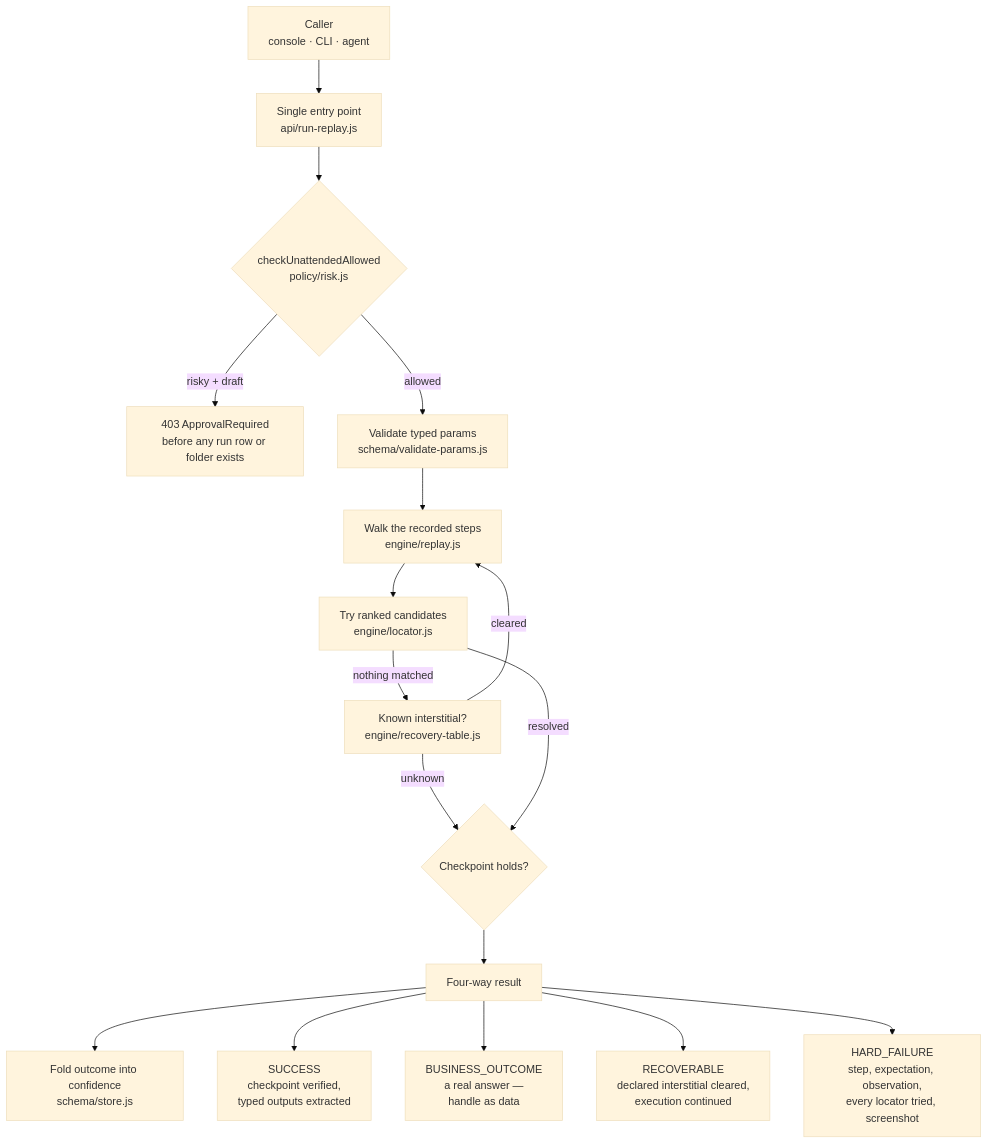
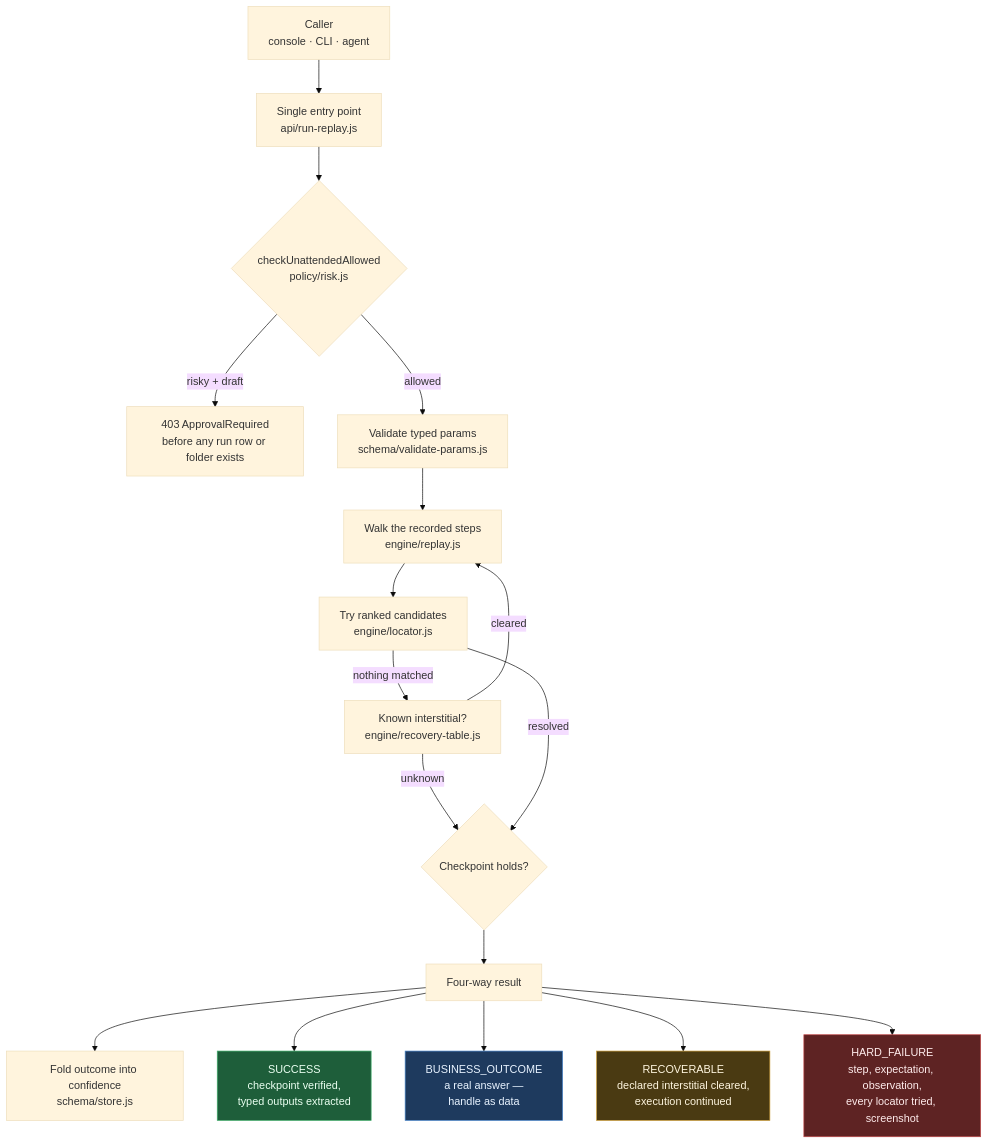
Before and after one commit to Nainicorn/interface-ai-cas-sk: the third of 7 diagrams in docs/DESIGN.md, drawn with Mermaid (base theme). The commit also changed other lines of this file, not shown here.

Commit message:
Color-code outcome states in the discovery/replay flow diagrams
Green/blue/amber/red classDef styling on the terminal nodes in DESIGN.md's
discovery-loop and replay diagrams, so SUCCESS / BUSINESS_OUTCOME /
RECOVERABLE / HARD_FAILURE (and their discovery equivalents) are visually
distinct instead of uniform black-and-white boxes.

````diff
--- a/docs/DESIGN.md
+++ b/docs/DESIGN.md
@@ -94,29 +101,38 @@
 ```mermaid
 flowchart TB
     CALL["Caller<br/>console · CLI · agent"]
     ENTRY["Single entry point<br/>api/run-replay.js"]
     GATE{"checkUnattendedAllowed<br/>policy/risk.js"}
     REF["403 ApprovalRequired<br/>before any run row or folder exists"]
     PARAMS["Validate typed params<br/>schema/validate-params.js"]
     EXEC["Walk the recorded steps<br/>engine/replay.js"]
     LOC["Try ranked candidates<br/>engine/locator.js"]
     RECOV["Known interstitial?<br/>engine/recovery-table.js"]
     CHECK{"Checkpoint holds?"}
     FOLD["Fold outcome into confidence<br/>schema/store.js"]
 
     CALL --> ENTRY --> GATE
     GATE -->|"risky + draft"| REF
     GATE -->|allowed| PARAMS --> EXEC
     EXEC --> LOC
     LOC -->|"nothing matched"| RECOV
     RECOV -->|cleared| EXEC
     RECOV -->|unknown| CHECK
     LOC -->|resolved| CHECK
     CHECK --> OUT["Four-way result"]
     OUT --> FOLD
 
     OUT --> S["SUCCESS<br/>checkpoint verified,<br/>typed outputs extracted"]
     OUT --> B["BUSINESS_OUTCOME<br/>a real answer —<br/>handle as data"]
     OUT --> R["RECOVERABLE<br/>declared interstitial cleared,<br/>execution continued"]
     OUT --> H["HARD_FAILURE<br/>step, expectation, observation,<br/>every locator tried, screenshot"]
+
+    classDef good fill:#1e5e3a,stroke:#3fae6a,color:#eafff1;
+    classDef info fill:#1e3a5e,stroke:#4785c9,color:#e8f3ff;
+    classDef wait fill:#4a3a12,stroke:#c99a34,color:#fff6e0;
+    classDef bad fill:#5e2323,stroke:#c24747,color:#ffecec;
+    class S good
+    class B info
+    class R wait
+    class H bad
 ```
````
